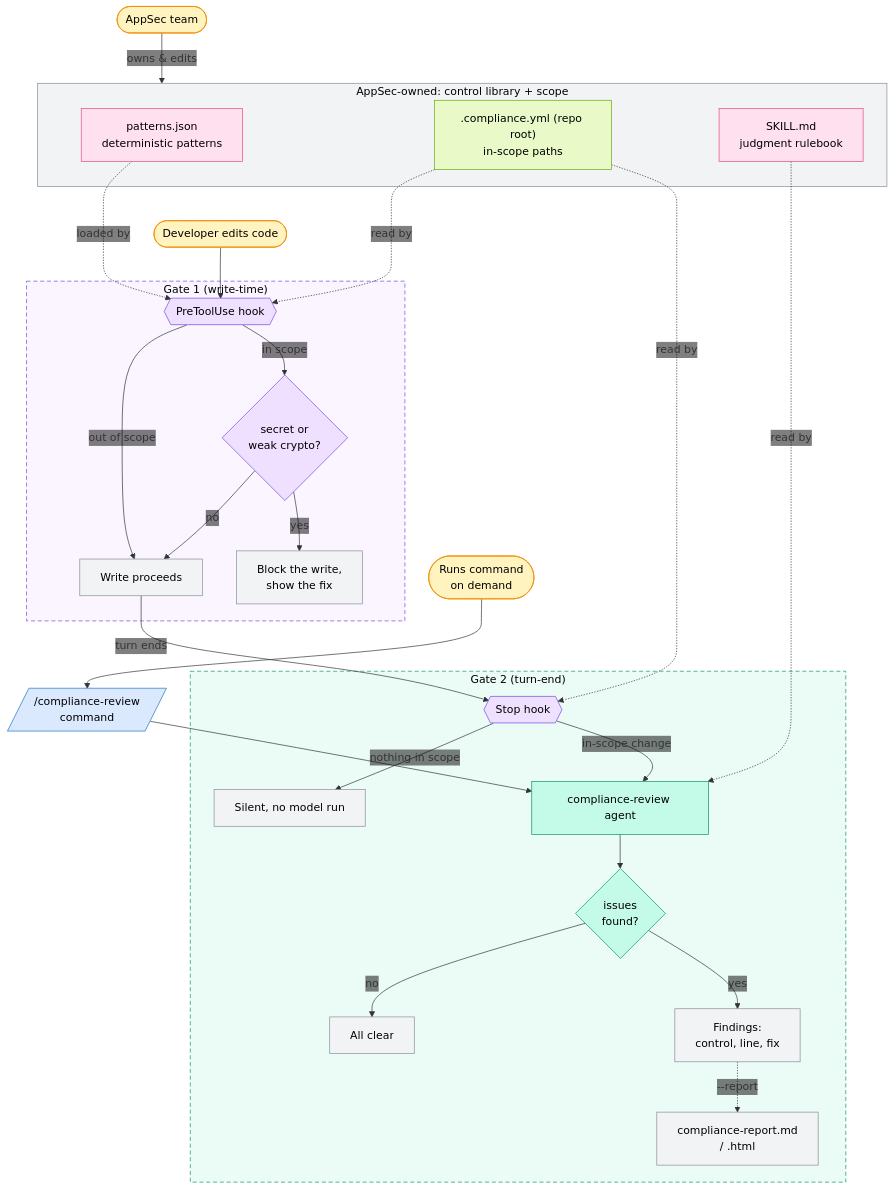
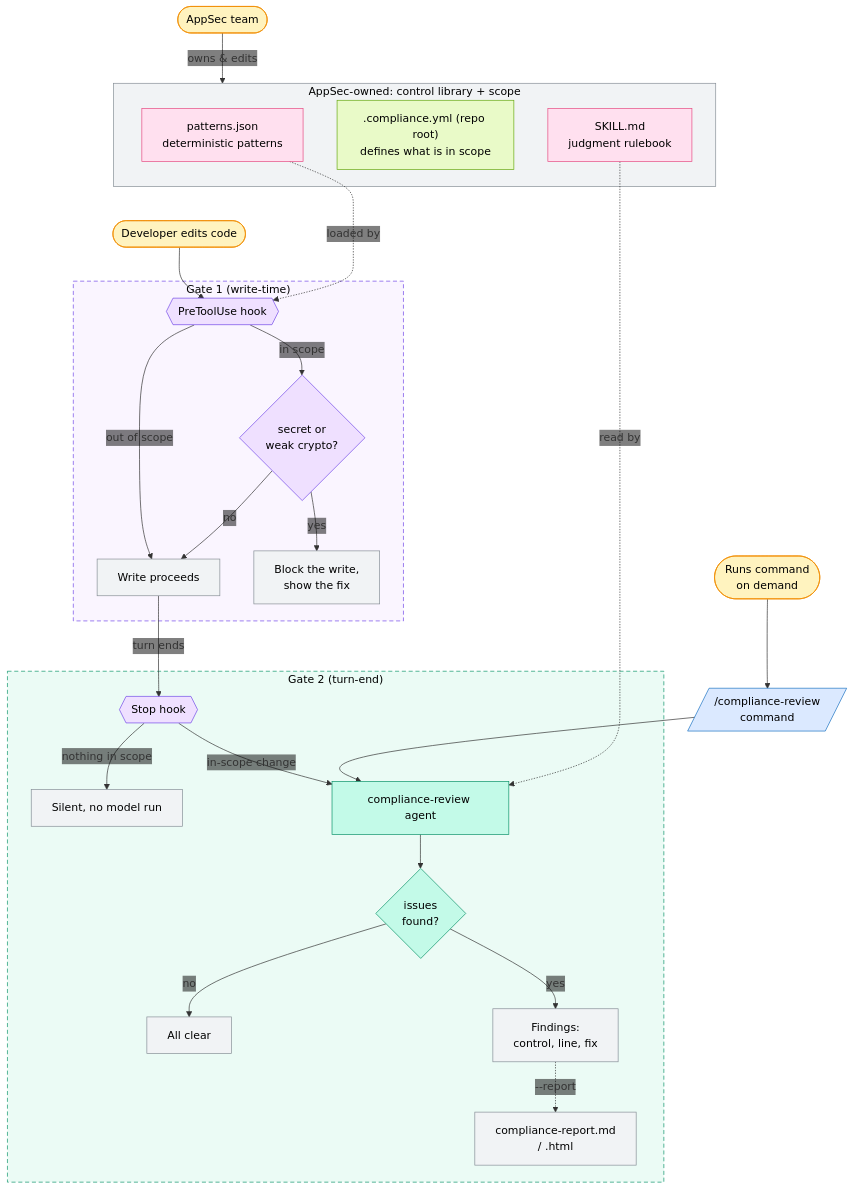
The second of 2 diagrams in README.md (Juantomasgomez7/compliance-support), drawn with Mermaid before and after one commit. The commit also changed other lines of this file, not shown here.

Commit message:
docs: drop the scope node's edges, let the branch labels carry the link
The two dashed read-by edges from the scope file to both hooks routed
around every subgraph and tangled the whole diagram. The scope node now
sits inside the AppSec-owned box labeled 'defines what is in scope', and
the gates' own branch labels (in scope / out of scope / in-scope change)
make the connection. Edge topology is back to the layout that rendered
cleanly.

````diff
--- a/README.md
+++ b/README.md
@@ -74,66 +74,64 @@
 ```mermaid
 %%{init: {'themeVariables': {'edgeLabelBackground': 'transparent'}}}%%
 flowchart TD
     classDef human fill:#fff3bf,stroke:#f08c00,color:#000000
     classDef hook fill:#efe0ff,stroke:#7048e8,color:#000000
     classDef agent fill:#c3fae8,stroke:#099268,color:#000000
     classDef skill fill:#ffe0ef,stroke:#e64980,color:#000000
     classDef command fill:#dbe9ff,stroke:#1971c2,color:#000000
     classDef state fill:#f1f3f5,stroke:#868e96,color:#000000
     classDef config fill:#e9fac8,stroke:#66a80f,color:#000000
 
     APPSEC(["AppSec team"]) -->|"owns & edits"| CL
     subgraph CL["AppSec-owned: control library + scope"]
         PATT["patterns.json<br/>deterministic patterns"]
-        SCOPE[".compliance.yml (repo root)<br/>in-scope paths"]
+        SCOPE[".compliance.yml (repo root)<br/>defines what is in scope"]
         SKILLMD["SKILL.md<br/>judgment rulebook"]
     end
     CL ~~~ DEV([Developer edits code])
 
     subgraph G1["Gate 1 (write-time)"]
         H1{{"PreToolUse hook"}}
         VIOL{"secret or<br/>weak crypto?"}
         SAVE["Write proceeds"]
         BLOCK["Block the write,<br/>show the fix"]
     end
 
     subgraph G2["Gate 2 (turn-end)"]
         H2{{"Stop hook"}}
         SILENT["Silent, no model run"]
         AGENT["compliance-review agent"]
         REVIEW{"issues<br/>found?"}
         CLEAN["All clear"]
         OUT["Findings:<br/>control, line, fix"]
         REPORT["compliance-report.md<br/>/ .html"]
     end
 
     DEV --> H1
     PATT -.->|"loaded by"| H1
-    SCOPE -.->|"read by"| H1
-    SCOPE -.->|"read by"| H2
     H1 -->|"out of scope"| SAVE
     H1 -->|"in scope"| VIOL
     VIOL -->|"no"| SAVE
     VIOL -->|"yes"| BLOCK
     SAVE -->|"turn ends"| H2
     H2 -->|"nothing in scope"| SILENT
     H2 -->|"in-scope change"| AGENT
     RUN(["Runs command<br/>on demand"]) --> CMD[/"/compliance-review<br/>command"/]
     CMD --> AGENT
     SKILLMD -.->|"read by"| AGENT
     AGENT --> REVIEW
     REVIEW -->|"no"| CLEAN
     REVIEW -->|"yes"| OUT
     OUT -.->|"--report"| REPORT
 
     class DEV,APPSEC,RUN human
     class H1,H2,VIOL hook
     class AGENT,REVIEW agent
     class PATT,SKILLMD skill
     class SCOPE config
     class CMD command
     class BLOCK,SAVE,SILENT,OUT,CLEAN,REPORT state
     style CL fill:#f1f3f5,stroke:#868e96,color:#000000
     style G1 fill:#faf5ff,stroke:#7048e8,stroke-dasharray:6 4,color:#000000
     style G2 fill:#ebfbf5,stroke:#099268,stroke-dasharray:6 4,color:#000000
 ```
````
